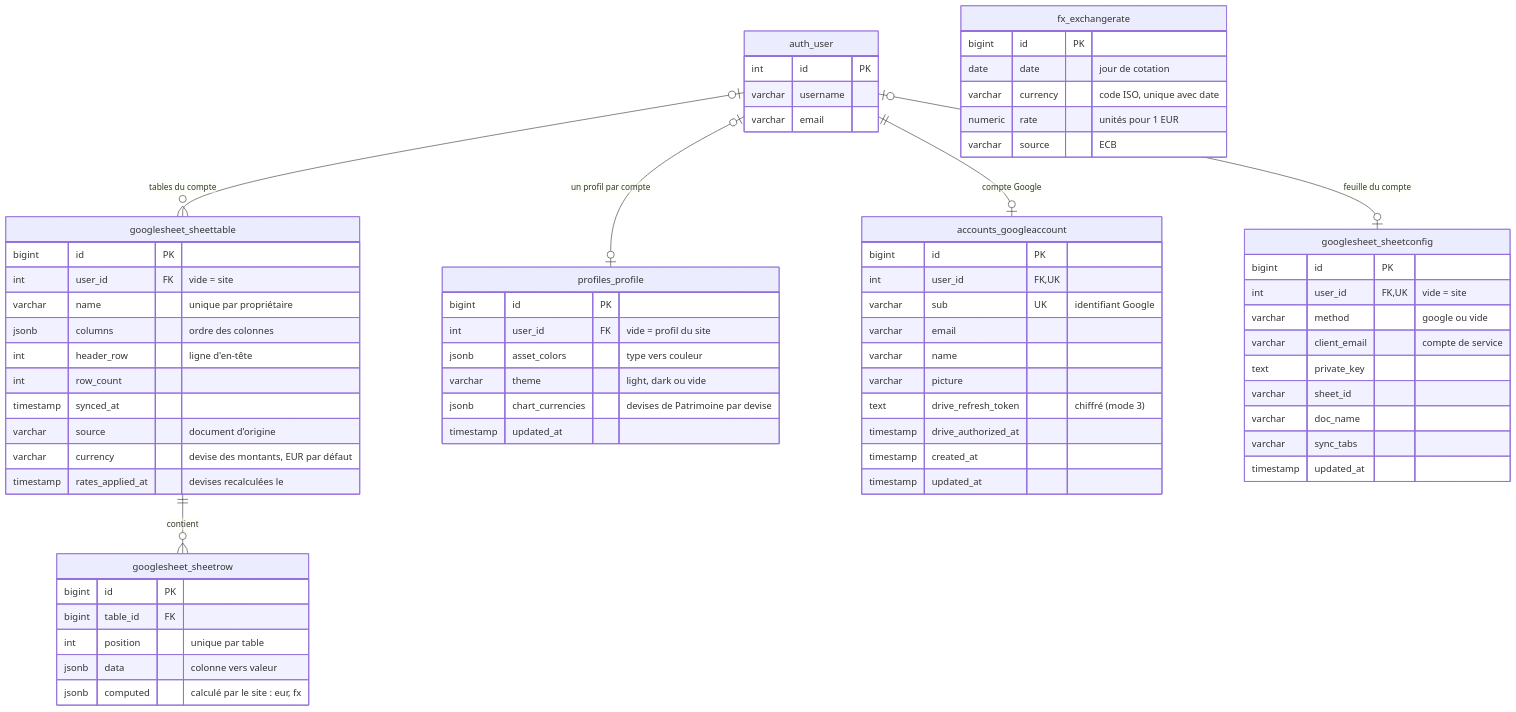
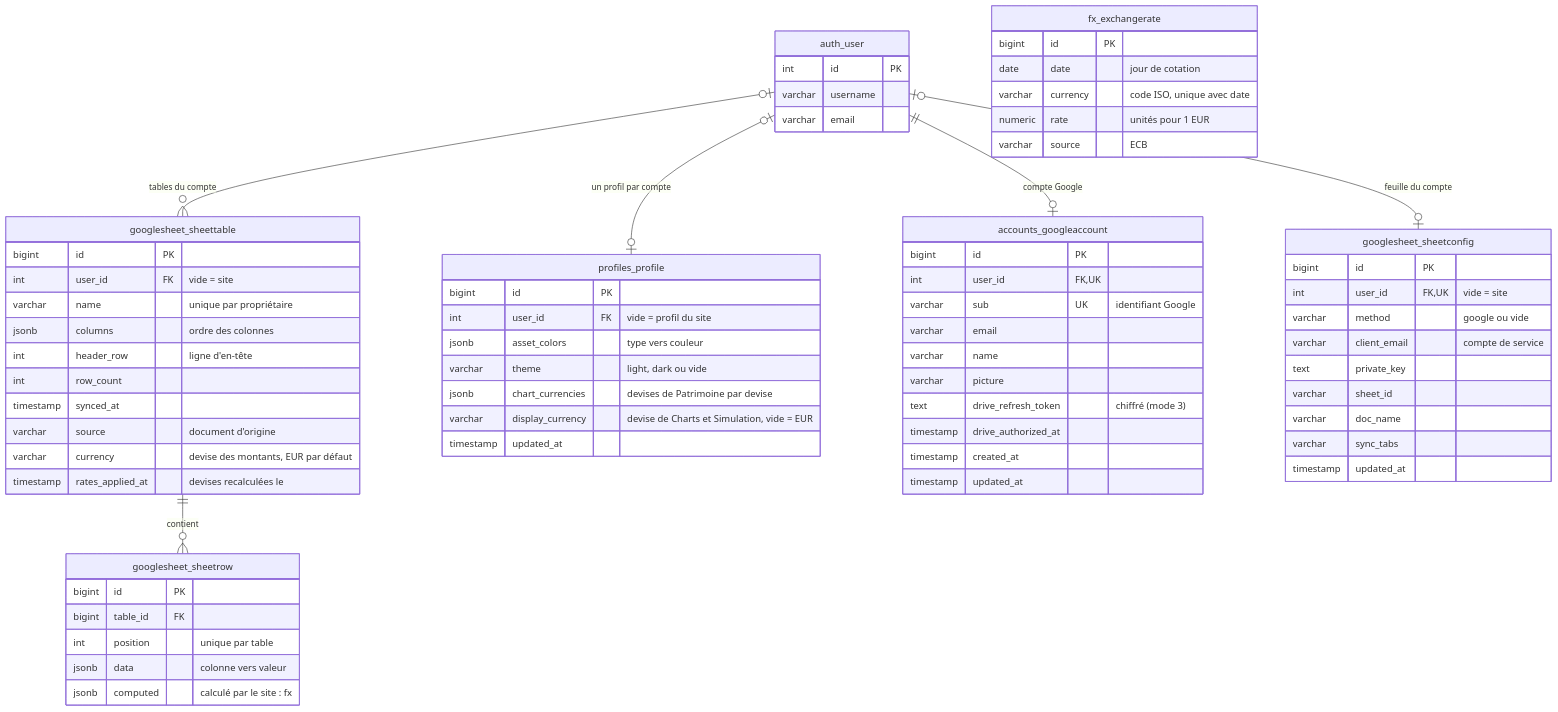
One commit to Sleaum/vibe_overfolio changed the diagram in README.md. Above: the diagram before and after it, drawn with Mermaid. The commit also changed other lines of this file and 52 other files, not shown here.

````diff
--- a/README.md
+++ b/README.md
@@ -498,70 +503,71 @@
 ```mermaid
 erDiagram
   googlesheet_sheettable ||--o{ googlesheet_sheetrow : "contient"
   auth_user |o--o| profiles_profile : "un profil par compte"
   auth_user ||--o| accounts_googleaccount : "compte Google"
   auth_user |o--o{ googlesheet_sheettable : "tables du compte"
   auth_user |o--o| googlesheet_sheetconfig : "feuille du compte"
   googlesheet_sheettable {
     bigint id PK
     int user_id FK "vide = site"
     varchar name "unique par propriétaire"
     jsonb columns "ordre des colonnes"
     int header_row "ligne d'en-tête"
     int row_count
     timestamp synced_at
     varchar source "document d'origine"
     varchar currency "devise des montants, EUR par défaut"
     timestamp rates_applied_at "devises recalculées le"
   }
   googlesheet_sheetrow {
     bigint id PK
     bigint table_id FK
     int position "unique par table"
     jsonb data "colonne vers valeur"
-    jsonb computed "calculé par le site : eur, fx"
+    jsonb computed "calculé par le site : fx"
   }
   googlesheet_sheetconfig {
     bigint id PK
     int user_id FK, UK "vide = site"
     varchar method "google ou vide"
     varchar client_email "compte de service"
     text private_key
     varchar sheet_id
     varchar doc_name
     varchar sync_tabs
     timestamp updated_at
   }
   profiles_profile {
     bigint id PK
     int user_id FK "vide = profil du site"
     jsonb asset_colors "type vers couleur"
     varchar theme "light, dark ou vide"
     jsonb chart_currencies "devises de Patrimoine par devise"
+    varchar display_currency "devise de Charts et Simulation, vide = EUR"
     timestamp updated_at
   }
   accounts_googleaccount {
     bigint id PK
     int user_id FK, UK
     varchar sub UK "identifiant Google"
     varchar email
     varchar name
     varchar picture
     text drive_refresh_token "chiffré (mode 3)"
     timestamp drive_authorized_at
     timestamp created_at
     timestamp updated_at
   }
   fx_exchangerate {
     bigint id PK
     date date "jour de cotation"
     varchar currency "code ISO, unique avec date"
     numeric rate "unités pour 1 EUR"
     varchar source "ECB"
   }
   auth_user {
     int id PK
     varchar username
     varchar email
   }
 ```
````
